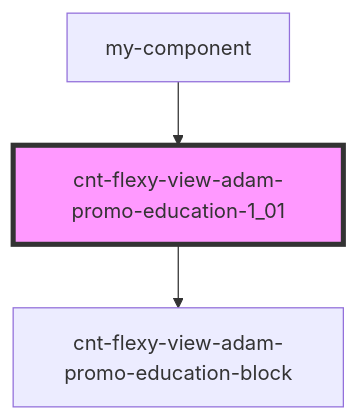
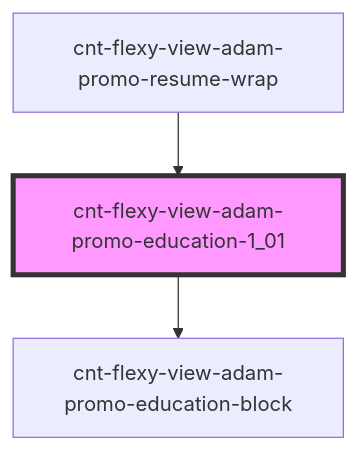
One commit to almalib/s-promo changed the diagram in src/components/cnt-flexy-view-adam-promo-resume-wrapper/res/view/cnt-flexy-view-adam-promo-resume-wrap/res/view/cnt-flexy-view-adam-promo-education/readme.md. Above: the diagram before and after it, drawn with Mermaid. The commit also changed other lines of this file and 134 other files, not shown here.

````diff
--- a/src/components/cnt-flexy-view-adam-promo-resume-wrapper/res/view/cnt-flexy-view-adam-promo-resume-wrap/res/view/cnt-flexy-view-adam-promo-education/readme.md
+++ b/src/components/cnt-flexy-view-adam-promo-resume-wrapper/res/view/cnt-flexy-view-adam-promo-resume-wrap/res/view/cnt-flexy-view-adam-promo-education/readme.md
@@ -26,6 +26,6 @@
 ```mermaid
 graph TD;
   cnt-flexy-view-adam-promo-education-1_01 --> cnt-flexy-view-adam-promo-education-block
-  my-component --> cnt-flexy-view-adam-promo-education-1_01
+  cnt-flexy-view-adam-promo-resume-wrap --> cnt-flexy-view-adam-promo-education-1_01
   style cnt-flexy-view-adam-promo-education-1_01 fill:#f9f,stroke:#333,stroke-width:4px
 ```
````
